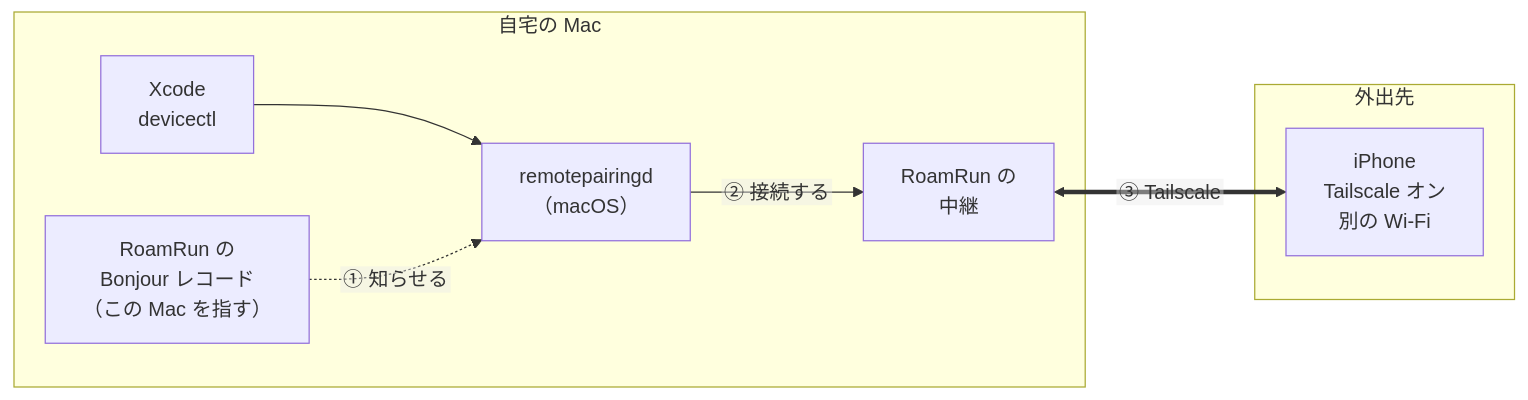
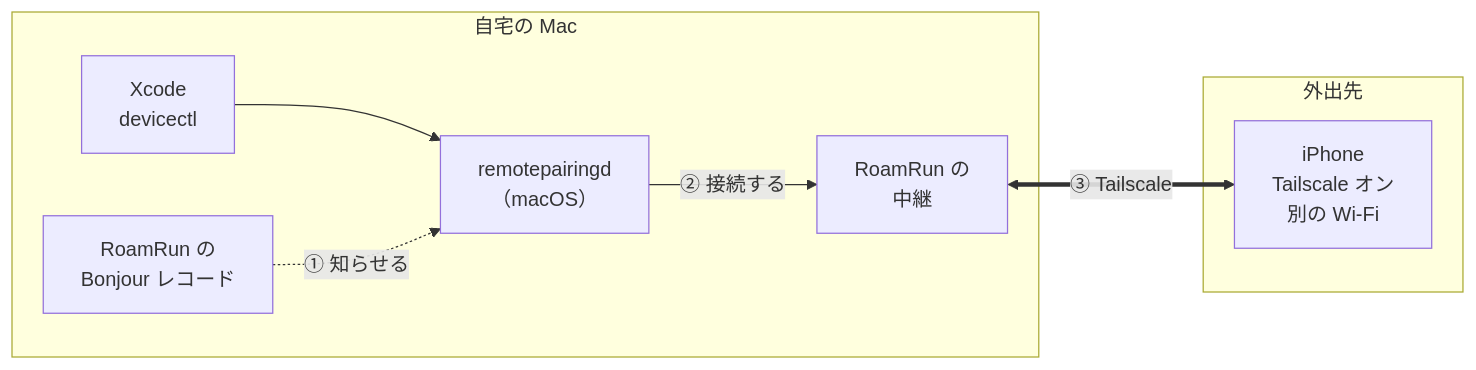
One commit to mh-mobile/RoamRun changed the diagram in README.ja.md. Above: the diagram before and after it, drawn with Mermaid. The commit also changed 3 other files, not shown here.

First line of the commit message:
README, How it works: the shared diagram with short labels

````diff
--- a/README.ja.md
+++ b/README.ja.md
@@ -23,13 +23,12 @@
 ```mermaid
-%%{init: {"flowchart": {"htmlLabels": false}}}%%
 flowchart LR
   subgraph mac["自宅の Mac"]
     xcode["Xcode<br/>devicectl"] --> rpd["remotepairingd<br/>（macOS）"]
-    fake["RoamRun の<br/>Bonjour レコード<br/>（この Mac を指す）"] -. "① 知らせる" .-> rpd
+    fake["RoamRun の<br/>Bonjour レコード"] -. "① 知らせる" .-> rpd
     rpd -- "② 接続する" --> relay["RoamRun の<br/>中継"]
   end
   subgraph away["外出先"]
     iphone["iPhone<br/>Tailscale オン<br/>別の Wi-Fi"]
   end
   relay <== "③ Tailscale" ==> iphone
 ```
````
